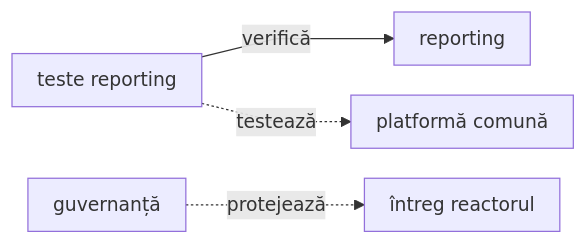
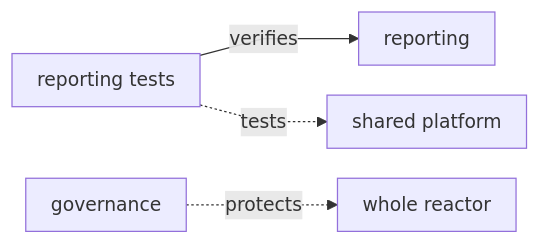
The third of 7 diagrams in README.md (crististefanita/atf_j1), drawn with Mermaid before and after one commit. The commit also changed other lines of this file and 83 other files, not shown here.

````diff
--- a/README.md
+++ b/README.md
@@ -146,13 +151,13 @@
 ```mermaid
 %%{init: {"themeVariables":{"fontSize":"15px"},"themeCSS":".nodeLabel, .nodeLabel p { font-size: 15px !important; line-height: 1.35 !important; } .edgeLabel, .edgeLabel p { font-size: 12px !important; font-weight: 400 !important; line-height: 1.2 !important; } .edgeLabel .labelBkg, .edgeLabel p { background: transparent !important; } .edgeLabel foreignObject { transform: translateY(-18px); overflow: visible; } .node rect { rx: 6px; ry: 6px; }","flowchart":{"curve":"linear","nodeSpacing":24,"rankSpacing":40,"padding":10,"diagramPadding":16}}}%%
 flowchart LR
-    ReportingTests[teste reporting]
-    Governance[guvernanță]
+    ReportingTests[reporting tests]
+    Governance[governance]
     Reporting[reporting]
-    Platform[platformă comună]
-    Reactor[întreg reactorul]
+    Platform[shared platform]
+    Reactor[whole reactor]
 
-    ReportingTests -->|verifică| Reporting
-    ReportingTests -.->|testează| Platform
-    Governance -.->|protejează| Reactor
+    ReportingTests -->|verifies| Reporting
+    ReportingTests -.->|tests| Platform
+    Governance -.->|protects| Reactor
 ```
````
